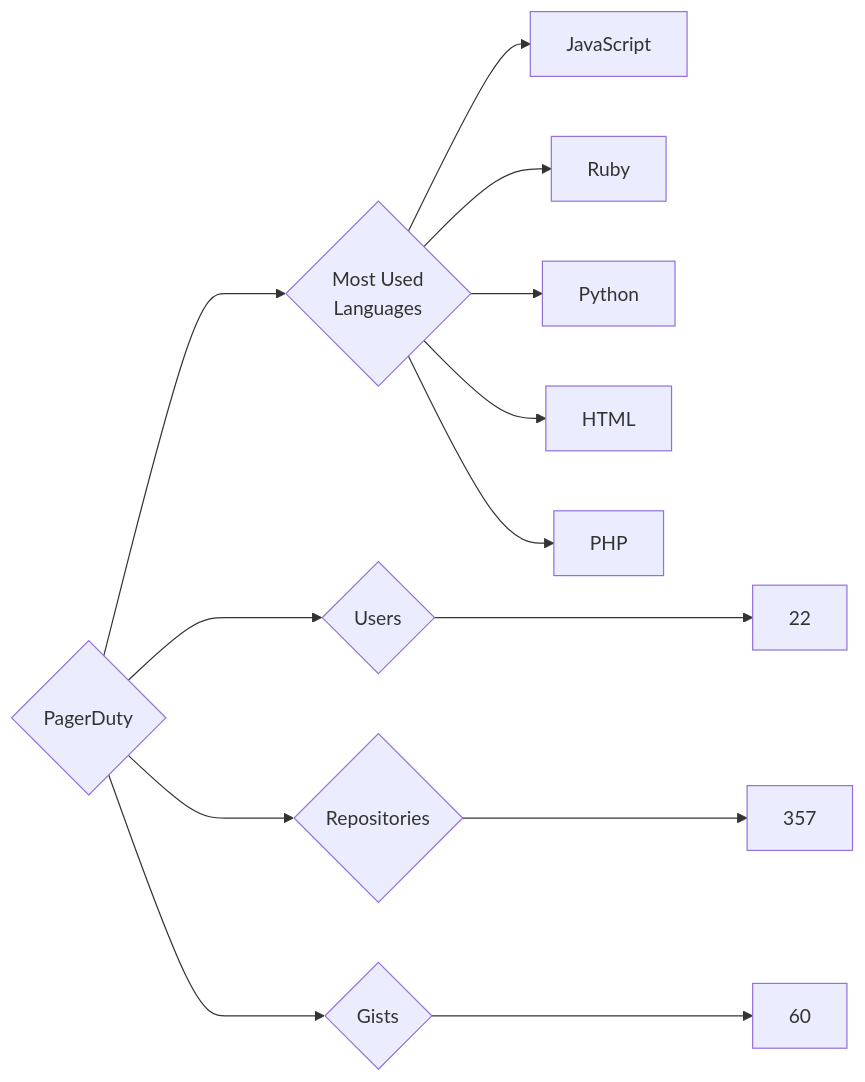
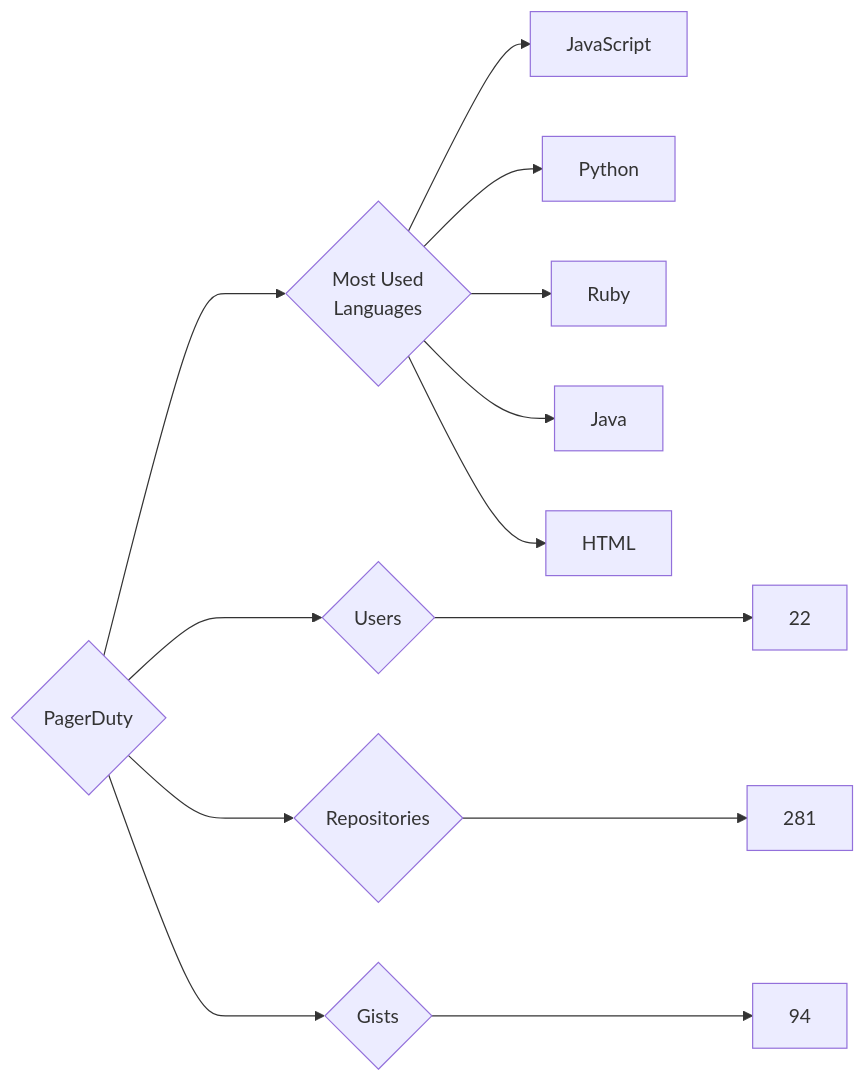
One commit to trickest/insiders changed the diagram in targets/PagerDuty/README.md. Above: the diagram before and after it, drawn with Mermaid. The commit also changed 965 other files, not shown here.

````diff
--- a/targets/PagerDuty/README.md
+++ b/targets/PagerDuty/README.md
@@ -3,13 +3,13 @@
 ```mermaid
 graph LR
 COMPANY_NAME{PagerDuty}
 COMPANY_NAME ---> U{Users} ---> UN[22]
-COMPANY_NAME ---> R{Repositories} ---> RN[357]
-COMPANY_NAME ---> G{Gists} ---> GN[60]
+COMPANY_NAME ---> R{Repositories} ---> RN[281]
+COMPANY_NAME ---> G{Gists} ---> GN[94]
 COMPANY_NAME ---> ML{Most Used<br>Languages}
 ML --> JavaScript[JavaScript]
+ML --> Python[Python]
 ML --> Ruby[Ruby]
-ML --> Python[Python]
+ML --> Java[Java]
 ML --> HTML[HTML]
-ML --> PHP[PHP]
 ```
````
